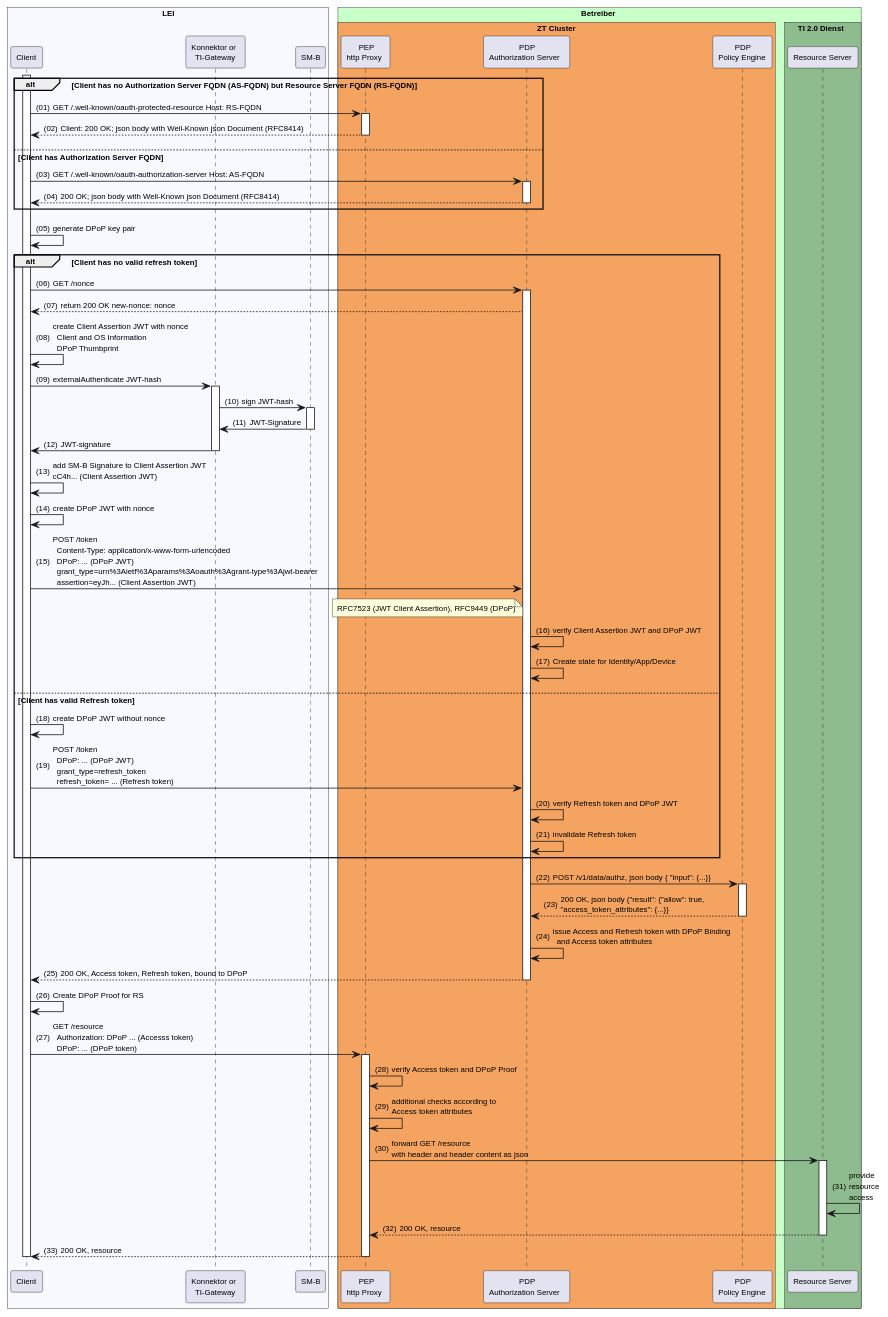
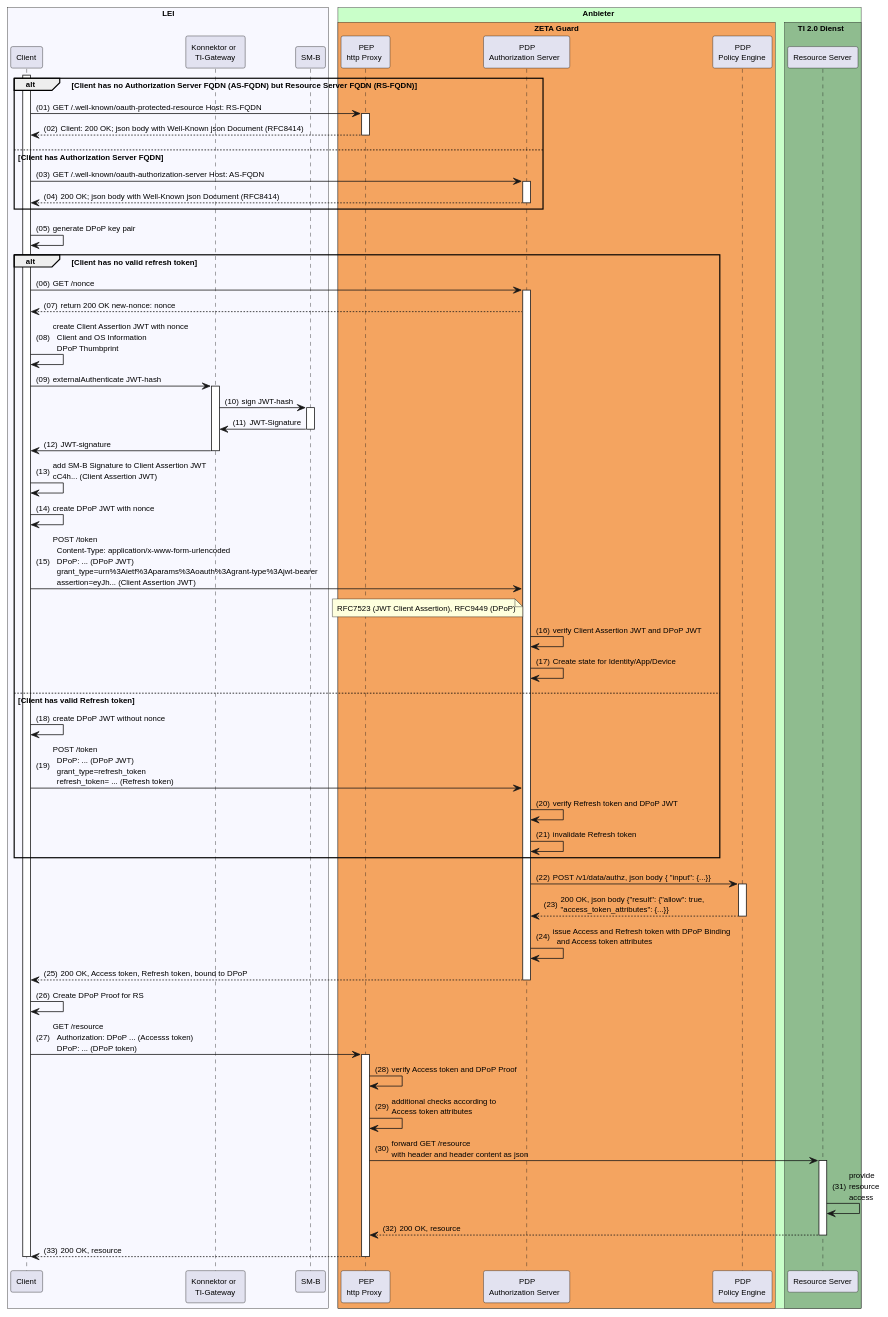
Before and after one commit to gematik/spec-t20r: the diagram in src/plantuml/sm-b-auth.puml, drawn with PlantUML. The commit also changed 1 other file, not shown here.

Commit message:
Fix formatting in PlantUML diagram for better readability

```diff
--- a/src/plantuml/sm-b-auth.puml
+++ b/src/plantuml/sm-b-auth.puml
@@ -1,109 +1,109 @@
 @startuml "SM-B_Auth_with_DPoP"
 autonumber "(00)"
 skinparam defaultFontSize 10
 skinparam defaultFontName Helvetica
 skinparam DefaultMonospacedFontName Courier
 skinparam lengthAdjust none
 
 !pragma teoz true
 
 box "LEI" #GhostWhite
   participant Client
   participant Konnektor as "Konnektor or\nTI-Gateway"
   participant SMB as "SM-B"
 end box
 
-box "Betreiber" #TECHNOLOGY
-  box "ZT Cluster" #SandyBrown
+box "Anbieter" #TECHNOLOGY
+  box "ZETA Guard" #SandyBrown
     participant HP as "PEP\nhttp Proxy"
     participant AS as "PDP\nAuthorization Server" 
     participant PE as "PDP\nPolicy Engine"
-  endbox
-   box TI 2.0 Dienst #DarkSeaGreen
-    participant RS as "Resource Server"
-  endbox
+  end box
+    box TI 2.0 Dienst #DarkSeaGreen
+      participant RS as "Resource Server"
+    end box
 end box
 
 activate Client
 alt Client has no Authorization Server FQDN (AS-FQDN) but Resource Server FQDN (RS-FQDN)
   Client -> HP: GET /.well-known/oauth-protected-resource Host: RS-FQDN
   activate HP
   HP --> Client: Client: 200 OK; json body with Well-Known json Document (RFC8414)
   deactivate HP
 else Client has Authorization Server FQDN
   Client -> AS: GET /.well-known/oauth-authorization-server Host: AS-FQDN
   activate AS
   AS --> Client: 200 OK; json body with Well-Known json Document (RFC8414)
   deactivate AS
 end
 
 Client -> Client: generate DPoP key pair
 
 alt Client has no valid refresh token
 Client -> AS: GET /nonce
 activate AS
 AS --> Client: return 200 OK new-nonce: nonce
 Client -> Client: create Client Assertion JWT with nonce\n  Client and OS Information\n  DPoP Thumbprint
 Client -> Konnektor: externalAuthenticate JWT-hash
 activate Konnektor
 Konnektor -> SMB: sign JWT-hash
 activate SMB
 SMB -> Konnektor: JWT-Signature
 deactivate SMB
 Konnektor -> Client: JWT-signature
 deactivate Konnektor
 
 Client -> Client: add SM-B Signature to Client Assertion JWT\n\
 cC4h... (Client Assertion JWT)
 Client -> Client: create DPoP JWT with nonce
 Client -> AS: POST /token\n\
   Content-Type: application/x-www-form-urlencoded\n\
   DPoP: ... (DPoP JWT)\n\
   grant_type=urn%3Aietf%3Aparams%3Aoauth%3Agrant-type%3Ajwt-bearer\n\
   assertion=eyJh... (Client Assertion JWT)
 note left of AS
   RFC7523 (JWT Client Assertion), RFC9449 (DPoP)
 end note
 AS -> AS: verify Client Assertion JWT and DPoP JWT
 AS -> AS: Create state for Identity/App/Device
 
 else Client has valid Refresh token
 Client -> Client: create DPoP JWT without nonce
 Client -> AS: POST /token\n\
   DPoP: ... (DPoP JWT)\n\
   grant_type=refresh_token\n\
   refresh_token= ... (Refresh token)
 AS -> AS: verify Refresh token and DPoP JWT
 AS -> AS: invalidate Refresh token
 end
 
 AS -> PE: POST /v1/data/authz, json body {  "input": {...}} 
 activate PE
 PE --> AS: 200 OK, json body {"result": {"allow": true,\n\
 "access_token_attributes": {...}}
 deactivate PE
 AS -> AS: issue Access and Refresh token with DPoP Binding\n\
   and Access token attributes
 AS --> Client: 200 OK, Access token, Refresh token, bound to DPoP
 deactivate AS
 
 Client -> Client: Create DPoP Proof for RS
 Client -> HP: GET /resource\n\
   Authorization: DPoP ... (Accesss token)\n\
   DPoP: ... (DPoP token)
 activate HP
 HP -> HP: verify Access token and DPoP Proof
 HP -> HP: additional checks according to\n\
 Access token attributes
 HP -> RS: forward GET /resource\n\
 with header and header content as json
 activate RS
 RS -> RS: provide\nresource\naccess
 RS --> HP: 200 OK, resource
 deactivate RS
 HP --> Client: 200 OK, resource
 deactivate HP
 deactivate RS
 deactivate Client
 
 @enduml
```
